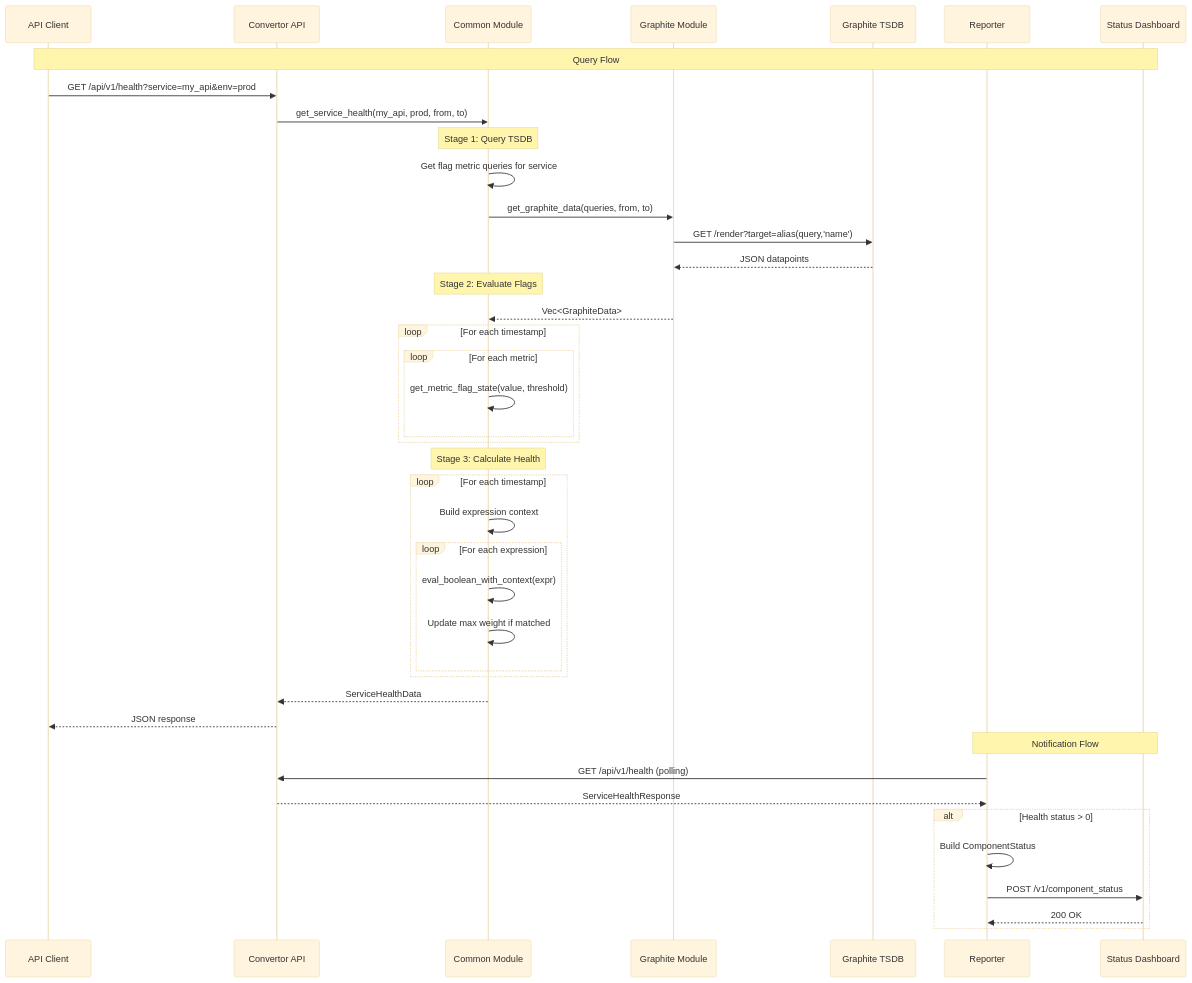
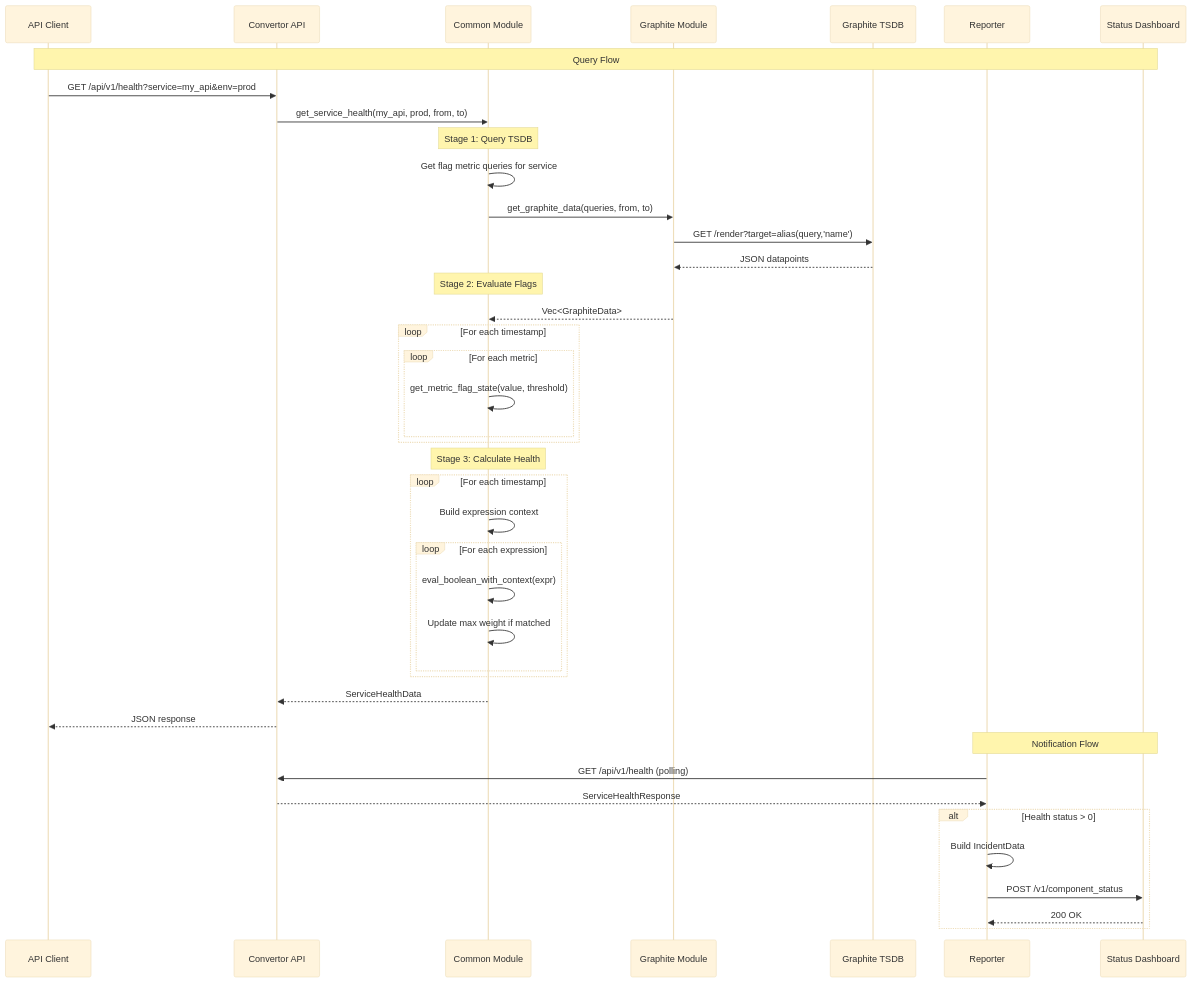
Before and after one commit to stackmon/metrics-processor: the fifth of 6 diagrams in doc/architecture/data-flow.md, drawn with Mermaid (base theme). The commit also changed other lines of this file and 55 other files, not shown here.

````diff
--- a/doc/architecture/data-flow.md
+++ b/doc/architecture/data-flow.md
@@ -358,52 +358,52 @@
 ```mermaid
 sequenceDiagram
     participant Client as API Client
     participant API as Convertor API
     participant Common as Common Module
     participant Graphite as Graphite Module
     participant TSDB as Graphite TSDB
     participant Reporter as Reporter
     participant Dashboard as Status Dashboard
     
     Note over Client,Dashboard: Query Flow
     
     Client->>API: GET /api/v1/health?service=my_api&env=prod
     API->>Common: get_service_health(my_api, prod, from, to)
     
     Note over Common: Stage 1: Query TSDB
     Common->>Common: Get flag metric queries for service
     Common->>Graphite: get_graphite_data(queries, from, to)
     Graphite->>TSDB: GET /render?target=alias(query,'name')
     TSDB-->>Graphite: JSON datapoints
     
     Note over Common: Stage 2: Evaluate Flags
     Graphite-->>Common: Vec<GraphiteData>
     loop For each timestamp
         loop For each metric
             Common->>Common: get_metric_flag_state(value, threshold)
         end
     end
     
     Note over Common: Stage 3: Calculate Health
     loop For each timestamp
         Common->>Common: Build expression context
         loop For each expression
             Common->>Common: eval_boolean_with_context(expr)
             Common->>Common: Update max weight if matched
         end
     end
     
     Common-->>API: ServiceHealthData
     API-->>Client: JSON response
     
     Note over Reporter,Dashboard: Notification Flow
     
     Reporter->>API: GET /api/v1/health (polling)
     API-->>Reporter: ServiceHealthResponse
     
     alt Health status > 0
-        Reporter->>Reporter: Build ComponentStatus
+        Reporter->>Reporter: Build IncidentData
         Reporter->>Dashboard: POST /v1/component_status
         Dashboard-->>Reporter: 200 OK
     end
 ```
````
